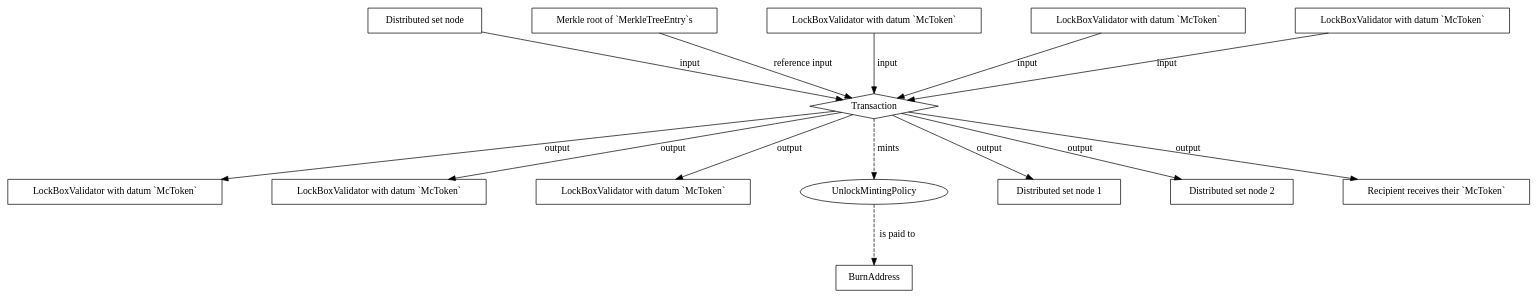
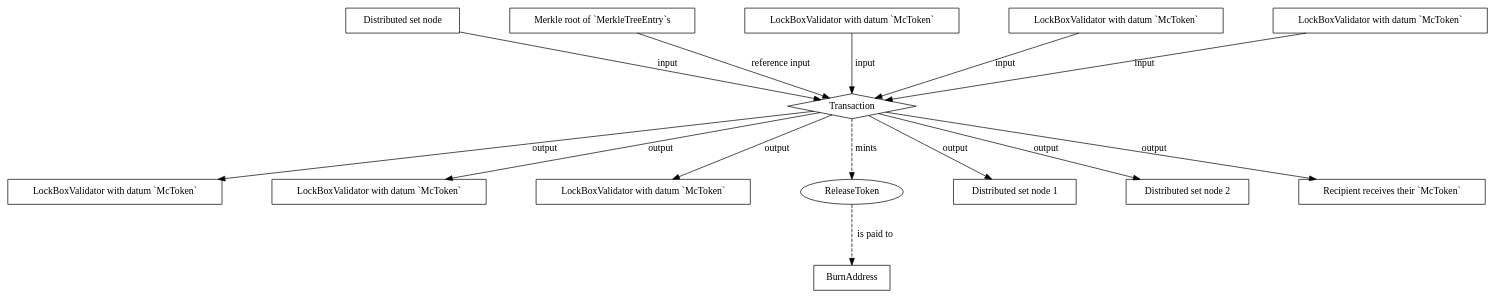
The diagram in docs/SIPs/07-ModularisingTokenHandling/McTokenSidechainToMainchain.dot (input-output-hk/partner-chains-smart-contracts), drawn with Graphviz before and after one commit. The commit also changed 1 other file, not shown here.

```diff
--- a/docs/SIPs/07-ModularisingTokenHandling/McTokenSidechainToMainchain.dot
+++ b/docs/SIPs/07-ModularisingTokenHandling/McTokenSidechainToMainchain.dot
@@ -1,41 +1,41 @@
 strict digraph {
   node [shape=record]
   graph [nodesep="1", ranksep="1"]
 
   DistributedSetNode [ label = "Distributed set node"];
   MerkleRoot [ label = "Merkle root of `MerkleTreeEntry`s"];
 
   InputLockBoxValidator1 [label = "LockBoxValidator with datum `McToken`"];
   InputLockBoxValidator2 [label = "LockBoxValidator with datum `McToken`"];
   InputLockBoxValidator3 [label = "LockBoxValidator with datum `McToken`"];
 
   OutputLockBoxValidator1 [label = "LockBoxValidator with datum `McToken`"];
   OutputLockBoxValidator2 [label = "LockBoxValidator with datum `McToken`"];
   OutputLockBoxValidator3 [label = "LockBoxValidator with datum `McToken`"];
 
-  UnlockMintingPolicy [shape = ellipse ] ;
+  ReleaseToken [shape = ellipse ] ;
   BurnAddress ;
 
   Transaction [ shape=diamond ];
 
   DistributedSetNode1 [ label = "Distributed set node 1"];
   DistributedSetNode2 [ label = "Distributed set node 2"];
 
   Recipient [ label = "Recipient receives their `McToken`" ];
 
   MerkleRoot -> Transaction [label = "reference input"];
   DistributedSetNode -> Transaction [label = "input"];
 
   InputLockBoxValidator1 -> Transaction [label = "input"];
   InputLockBoxValidator2 -> Transaction [label = "input"];
   InputLockBoxValidator3 -> Transaction [label = "input"];
 
   Transaction -> OutputLockBoxValidator1 [label = "output"];
   Transaction -> OutputLockBoxValidator2 [label = "output"];
   Transaction -> OutputLockBoxValidator3 [label = "output"];
   Transaction -> DistributedSetNode1 [label = "output"];
   Transaction -> DistributedSetNode2 [label = "output"];
   Transaction -> Recipient [ label = "output" ];
-  Transaction -> UnlockMintingPolicy [ label = "mints", style=dashed ];
-  UnlockMintingPolicy -> BurnAddress[ label = "is paid to", style=dashed ];
+  Transaction -> ReleaseToken [ label = "mints", style=dashed ];
+  ReleaseToken -> BurnAddress[ label = "is paid to", style=dashed ];
 }
```
